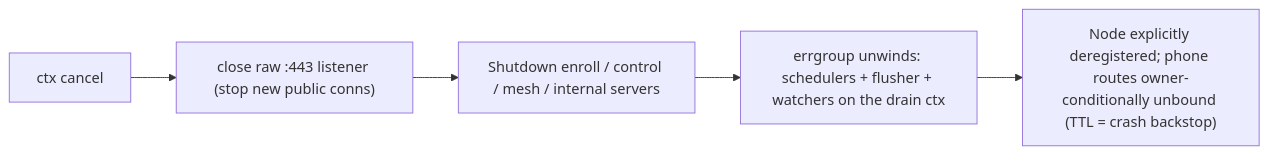
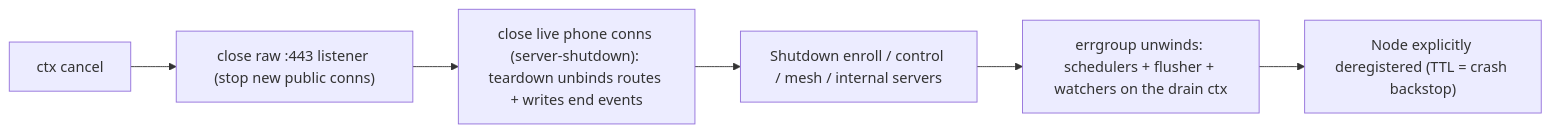
Before and after one commit to danielealbano/android-remote-control-mcp-tunneld: the third of 3 diagrams in docs/ARCHITECTURE.md, drawn with Mermaid. The commit also changed other lines of this file and 7 other files, not shown here.

First line of the commit message:
fix(tunneld): tear down phone connections at drain; accurate drain close_reason

````diff
--- a/docs/ARCHITECTURE.md
+++ b/docs/ARCHITECTURE.md
@@ -164,7 +164,8 @@
 ```mermaid
 flowchart LR
   cancel["ctx cancel"] --> close["close raw :443 listener (stop new public conns)"]
-  close --> drain["Shutdown enroll / control / mesh / internal servers"]
+  close --> phones["close live phone conns (server-shutdown): teardown unbinds routes + writes end events"]
+  phones --> drain["Shutdown enroll / control / mesh / internal servers"]
   drain --> group["errgroup unwinds: schedulers + flusher + watchers on the drain ctx"]
-  group --> dereg["Node explicitly deregistered; phone routes owner-conditionally unbound (TTL = crash backstop)"]
+  group --> dereg["Node explicitly deregistered (TTL = crash backstop)"]
 ```
````
